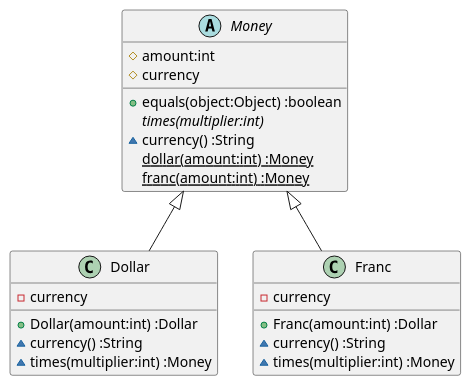
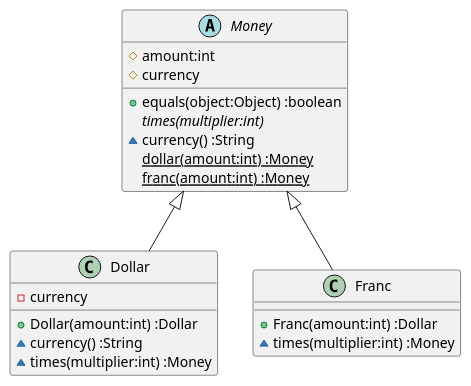
Before and after one commit to k2works/etude_for_java: the diagram in docs/src/TDD.md, drawn with PlantUML. The commit also changed 3 other files, not shown here.

````diff
--- a/docs/src/TDD.md
+++ b/docs/src/TDD.md
@@ -62,25 +62,23 @@
 ```puml
 class Dollar {
   -currency
   +Dollar(amount:int) :Dollar
   ~currency() :String  
   ~times(multiplier:int) :Money
 }
 class Franc {
-  -currency
   +Franc(amount:int) :Dollar
-  ~currency() :String
   ~times(multiplier:int) :Money
 }
 abstract Money {
   #amount:int
   #currency  
   +equals(object:Object) :boolean  
   {abstract} times(multiplier:int)
   ~currency() :String
   {static} dollar(amount:int) :Money
   {static} franc(amount:int) :Money  
 }
 Money <|-- Dollar
 Money <|-- Franc
 ```
````
